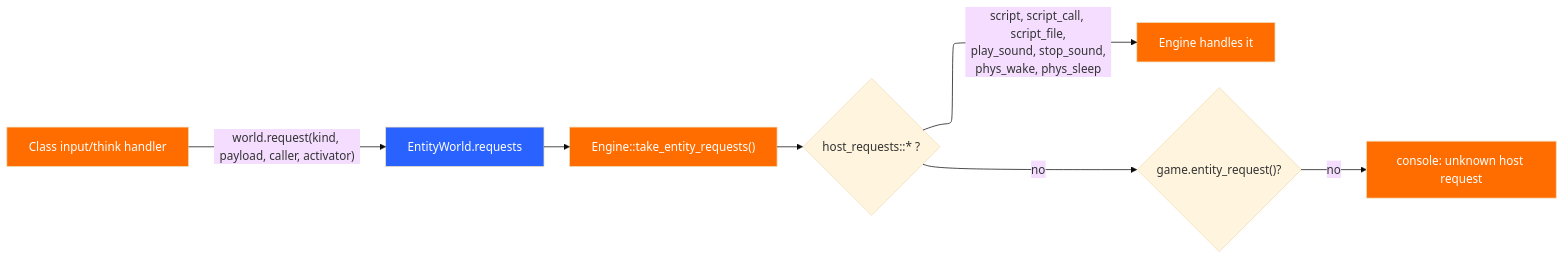
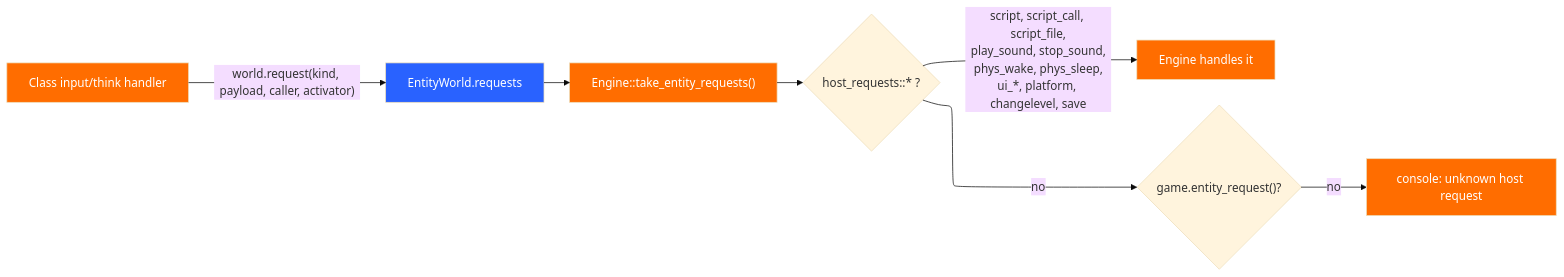
Before and after one commit to T342guy/Kerosene: the fourth of 5 diagrams in src/devnotes/entities-and-scripting.md, drawn with Mermaid (base theme). The commit also changed other lines of this file and 43 other files, not shown here.

````diff
--- a/src/devnotes/entities-and-scripting.md
+++ b/src/devnotes/entities-and-scripting.md
@@ -147,18 +147,18 @@
 ```mermaid
 ---
 config:
   layout: elk
 ---
 flowchart LR
     handler["Class input/think handler"] -- "world.request(kind, payload, caller, activator)" --> buf["EntityWorld.requests"]
     buf --> take["Engine::take_entity_requests()"]
     take --> known{"host_requests::* ?"}
-    known -- "script, script_call, script_file,<br/>play_sound, stop_sound,<br/>phys_wake, phys_sleep" --> eng["Engine handles it"]
+    known -- "script, script_call, script_file,<br/>play_sound, stop_sound,<br/>phys_wake, phys_sleep,<br/>ui_*, platform, changelevel, save" --> eng["Engine handles it"]
     known -- no --> game{"game.entity_request()?"}
     game -- no --> report["console: unknown host request"]
 
     classDef data fill:#2962FF,color:#fff
     classDef proc fill:#FF6D00,color:#fff
     class buf data
     class handler,take,eng,report proc
 ```
````
